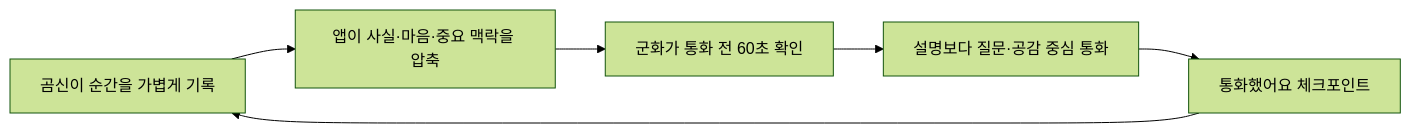
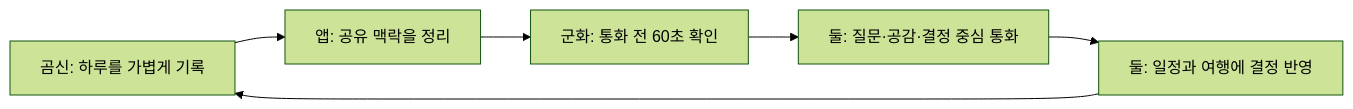
The diagram in docs/PRODUCT_PRD.md (yesung23/gomsin-log), drawn with Mermaid (forest theme) before and after one commit. The commit also changed other lines of this file and 25 other files, not shown here.

````diff
--- a/docs/PRODUCT_PRD.md
+++ b/docs/PRODUCT_PRD.md
@@ -36,8 +15,8 @@
 ```mermaid
 flowchart LR
-    A["곰신이 순간을 가볍게 기록"] --> B["앱이 사실·마음·중요 맥락을 압축"]
-    B --> C["군화가 통화 전 60초 확인"]
-    C --> D["설명보다 질문·공감 중심 통화"]
-    D --> E["통화했어요 체크포인트"]
-    E --> A
+  A["곰신: 하루를 가볍게 기록"] --> B["앱: 공유 맥락을 정리"]
+  B --> C["군화: 통화 전 60초 확인"]
+  C --> D["둘: 질문·공감·결정 중심 통화"]
+  D --> E["둘: 일정과 여행에 결정 반영"]
+  E --> A
 ```
````
